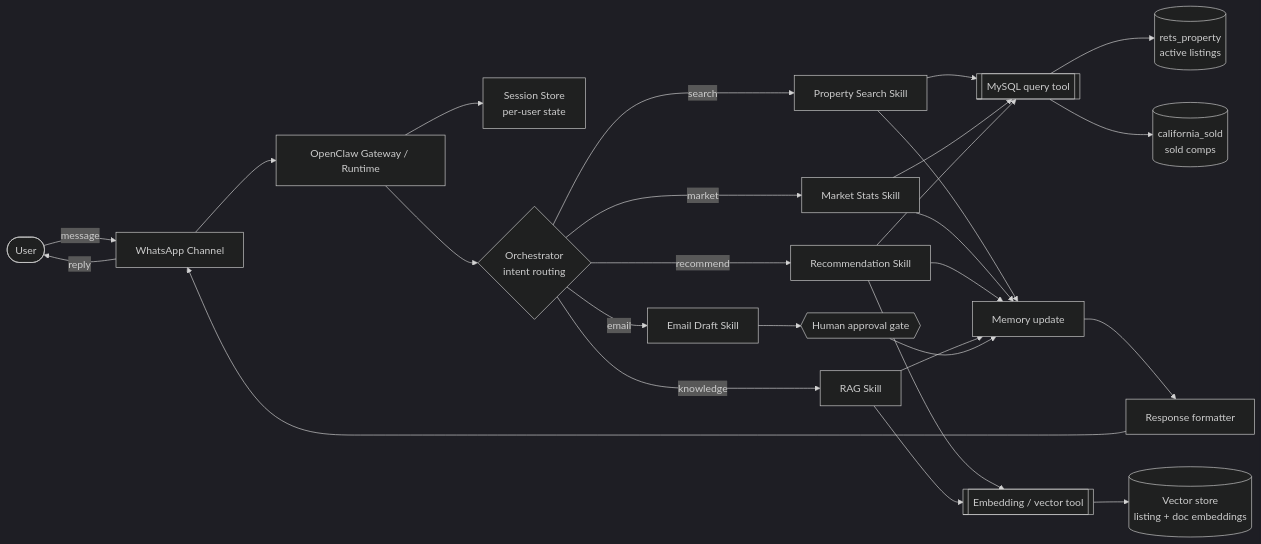
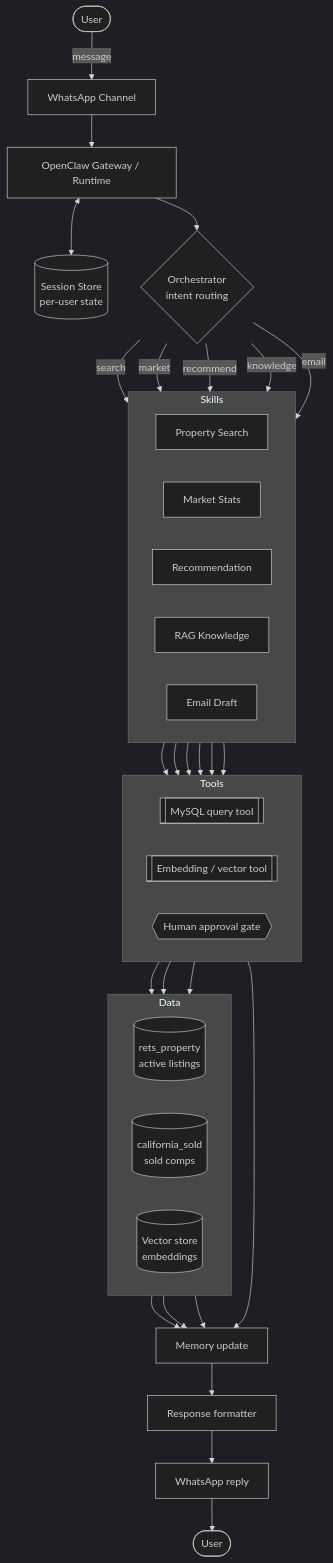
One commit to sea-rii/IDX-Exchange-Agentic-AI changed the diagram in architecture.md. Above: the diagram before and after it, drawn with Mermaid (dark theme). The commit also changed other lines of this file, not shown here.

````diff
--- a/architecture.md
+++ b/architecture.md
@@ -9,30 +6,53 @@
 ```mermaid
-flowchart LR
+flowchart TD
     U([User]) -->|message| WA[WhatsApp Channel]
     WA --> GW[OpenClaw Gateway / Runtime]
-    GW --> SES[Session Store<br/>per-user state]
+    GW <--> SES[(Session Store<br/>per-user state)]
     GW --> ORC{Orchestrator<br/>intent routing}
-
-    ORC -->|search| PS[Property Search Skill]
-    ORC -->|market| MS[Market Stats Skill]
-    ORC -->|recommend| REC[Recommendation Skill]
-    ORC -->|knowledge| RAG[RAG Skill]
-    ORC -->|email| EM[Email Draft Skill]
-
-    PS --> T1[[MySQL query tool]]
+ 
+    subgraph SKILLS[Skills]
+        direction LR
+        PS[Property Search]
+        MS[Market Stats]
+        REC[Recommendation]
+        RAG[RAG Knowledge]
+        EM[Email Draft]
+    end
+ 
+    ORC -->|search| PS
+    ORC -->|market| MS
+    ORC -->|recommend| REC
+    ORC -->|knowledge| RAG
+    ORC -->|email| EM
+ 
+    subgraph TOOLS[Tools]
+        direction LR
+        T1[[MySQL query tool]]
+        T2[[Embedding / vector tool]]
+        APPROVE{{Human approval gate}}
+    end
+ 
+    PS --> T1
     MS --> T1
     REC --> T1
-    REC --> T2[[Embedding / vector tool]]
+    REC --> T2
     RAG --> T2
-    EM --> APPROVE{{Human approval gate}}
-
-    T1 --> RP[(rets_property<br/>active listings)]
-    T1 --> CS[(california_sold<br/>sold comps)]
-    T2 --> VS[(Vector store<br/>listing + doc embeddings)]
-
-    PS & MS & REC & RAG --> MEM[Memory update]
+    EM --> APPROVE
+ 
+    subgraph DATA[Data]
+        direction LR
+        RP[(rets_property<br/>active listings)]
+        CS[(california_sold<br/>sold comps)]
+        VS[(Vector store<br/>embeddings)]
+    end
+ 
+    T1 --> RP
+    T1 --> CS
+    T2 --> VS
+ 
+    RP & CS & VS --> MEM[Memory update]
     APPROVE --> MEM
     MEM --> FMT[Response formatter]
-    FMT --> WA
-    WA -->|reply| U
+    FMT --> OUT[WhatsApp reply]
+    OUT --> U2([User])
 ```
````
